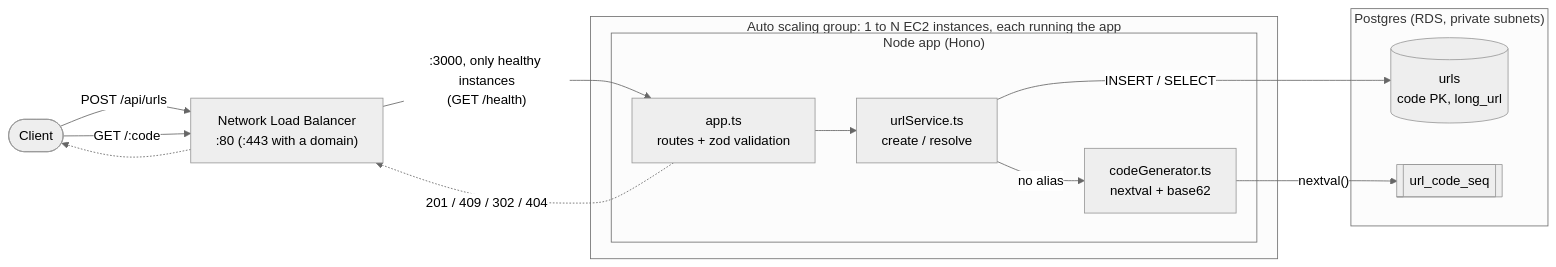
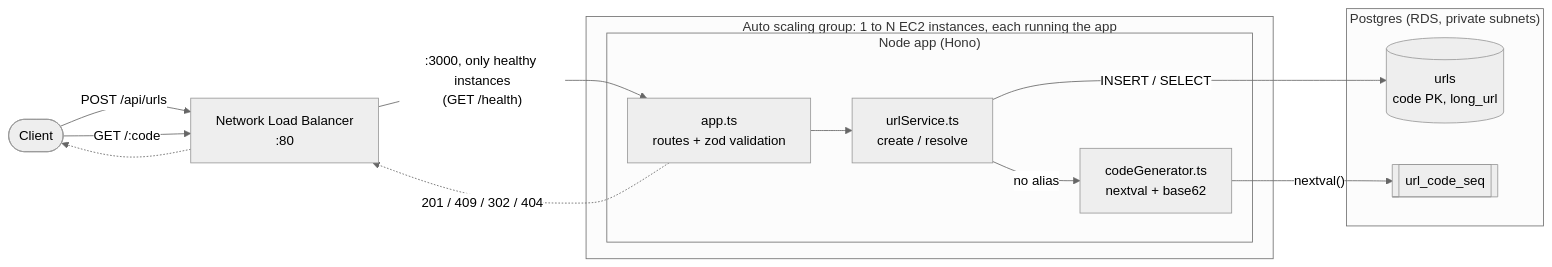
One commit to curiousdirection/url-shortener changed the diagram in README.md. Above: the diagram before and after it, drawn with Mermaid (neutral theme). The commit also changed 5 other files, not shown here.

````diff
--- a/README.md
+++ b/README.md
@@ -7,29 +7,29 @@
 ```mermaid
 flowchart LR
     client([Client])
-    nlb["Network Load Balancer<br/>:80 (:443 with a domain)"]
+    nlb["Network Load Balancer<br/>:80"]
 
     subgraph asg["Auto scaling group: 1 to N EC2 instances, each running the app"]
         subgraph app["Node app (Hono)"]
             routes["app.ts<br/>routes + zod validation"]
             service["urlService.ts<br/>create / resolve"]
             gen["codeGenerator.ts<br/>nextval + base62"]
             routes --> service
             service -->|"no alias"| gen
         end
     end
 
     subgraph pg["Postgres (RDS, private subnets)"]
         urls[("urls<br/>code PK, long_url")]
         seq[["url_code_seq"]]
     end
 
     client -->|"POST /api/urls"| nlb
     client -->|"GET /:code"| nlb
     nlb -->|":3000, only healthy instances<br/>(GET /health)"| routes
     routes -.->|"201 / 409 / 302 / 404"| nlb
     nlb -.-> client
 
     service -->|"INSERT / SELECT"| urls
     gen -->|"nextval()"| seq
 ```
````
